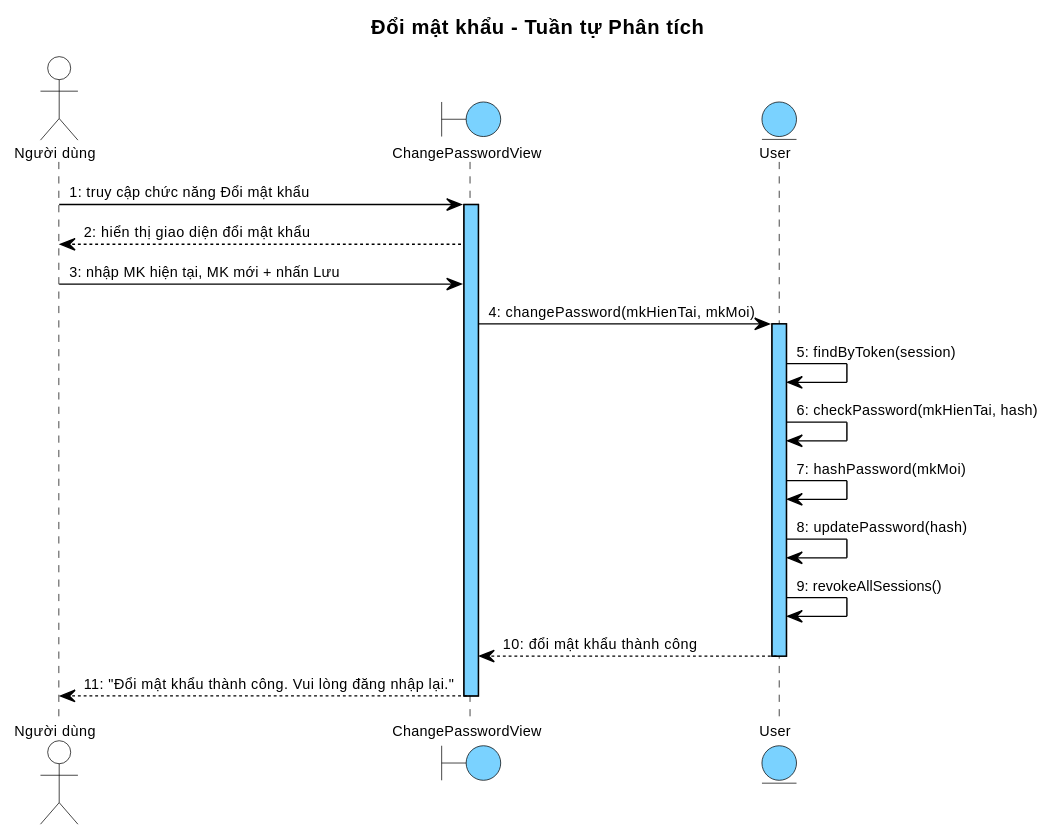
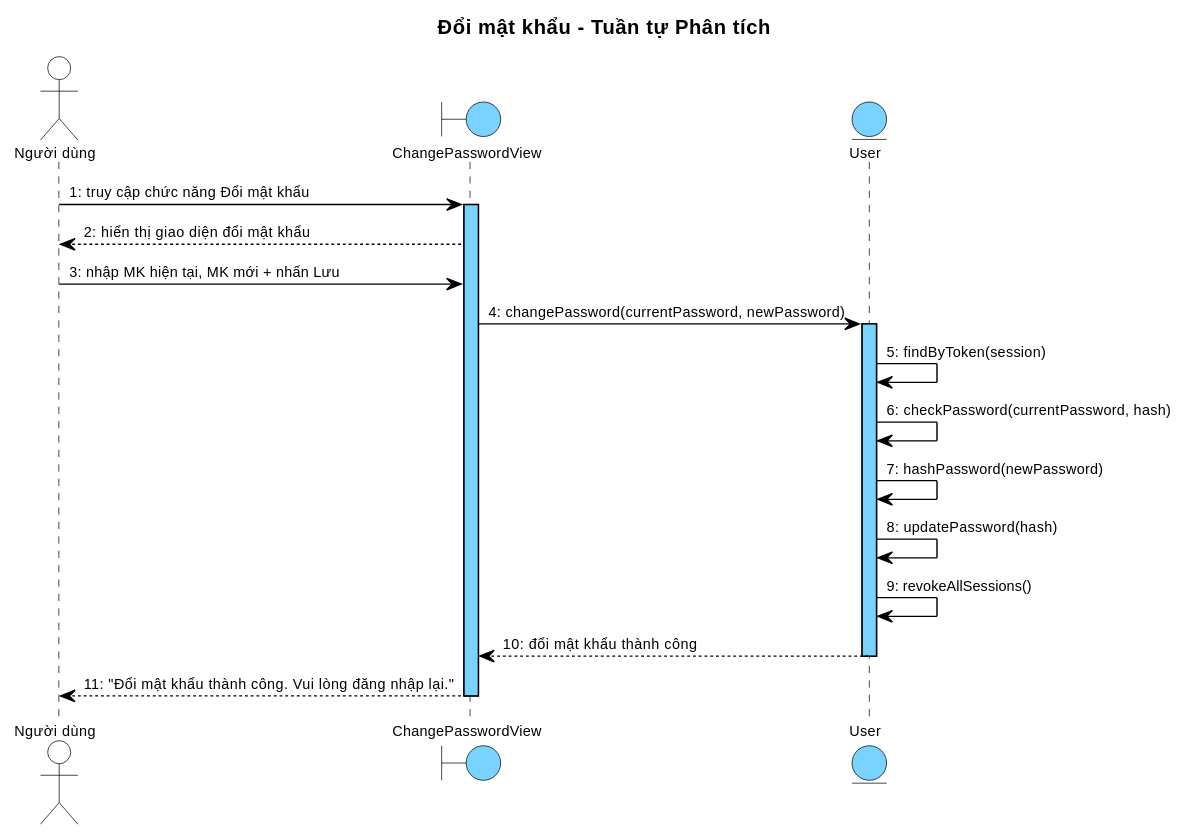
The fifth of 7 diagrams in docs/tabs/section-account-ii.md (thanhtrnnn/cnpm), drawn with PlantUML before and after one commit. The commit also changed other lines of this file and 21 other files, not shown here.

````diff
--- a/docs/tabs/section-account-ii.md
+++ b/docs/tabs/section-account-ii.md
@@ -555,74 +555,74 @@
 ```plantuml
 @startuml
 skinparam shadowing false
 skinparam SequenceMessageAlign left
 
 skinparam SequenceLifeLineBackgroundColor #7AD2FF
 skinparam SequenceLifeLineBorderColor #000000
 
 <style>
 sequenceDiagram {
   Shadowing 0
   RoundCorner 0
   FontName "Arial"
   FontSize 10
   FontColor #000000
 
   participant {
     BackgroundColor #7AD2FF
     LineColor #000000
     LineThickness 1
   }
 
   actor {
     BackgroundColor transparent
     LineColor #000000
   }
   boundary {
     BackgroundColor #7AD2FF
     LineColor #000000
   }
   control {
     BackgroundColor #7AD2FF
     LineColor #000000
   }
   entity {
     BackgroundColor #7AD2FF
     LineColor #000000
   }
 
   lifeline {
     LineColor #000000
     LineStyle 5-5
   }
 
   arrow {
     LineColor #000000
     LineThickness 1
     FontSize 10
   }
 }
 </style>
 title Đổi mật khẩu – Tuần tự Phân tích
 
 actor "Người dùng" as ND
 boundary ChangePasswordView as B1
 entity User as E1
 
 ND -> B1 : 1: truy cập chức năng Đổi mật khẩu
 activate B1
 B1 --> ND : 2: hiển thị giao diện đổi mật khẩu
 ND -> B1 : 3: nhập MK hiện tại, MK mới + nhấn Lưu
-B1 -> E1 : 4: changePassword(mkHienTai, mkMoi)
+B1 -> E1 : 4: changePassword(currentPassword, newPassword)
 activate E1
 E1 -> E1 : 5: findByToken(session)
-E1 -> E1 : 6: checkPassword(mkHienTai, hash)
-E1 -> E1 : 7: hashPassword(mkMoi)
+E1 -> E1 : 6: checkPassword(currentPassword, hash)
+E1 -> E1 : 7: hashPassword(newPassword)
 E1 -> E1 : 8: updatePassword(hash)
 E1 -> E1 : 9: revokeAllSessions()
 E1 --> B1 : 10: đổi mật khẩu thành công
 deactivate E1
 B1 --> ND : 11: "Đổi mật khẩu thành công. Vui lòng đăng nhập lại."
 deactivate B1
 @enduml
 ```
````
